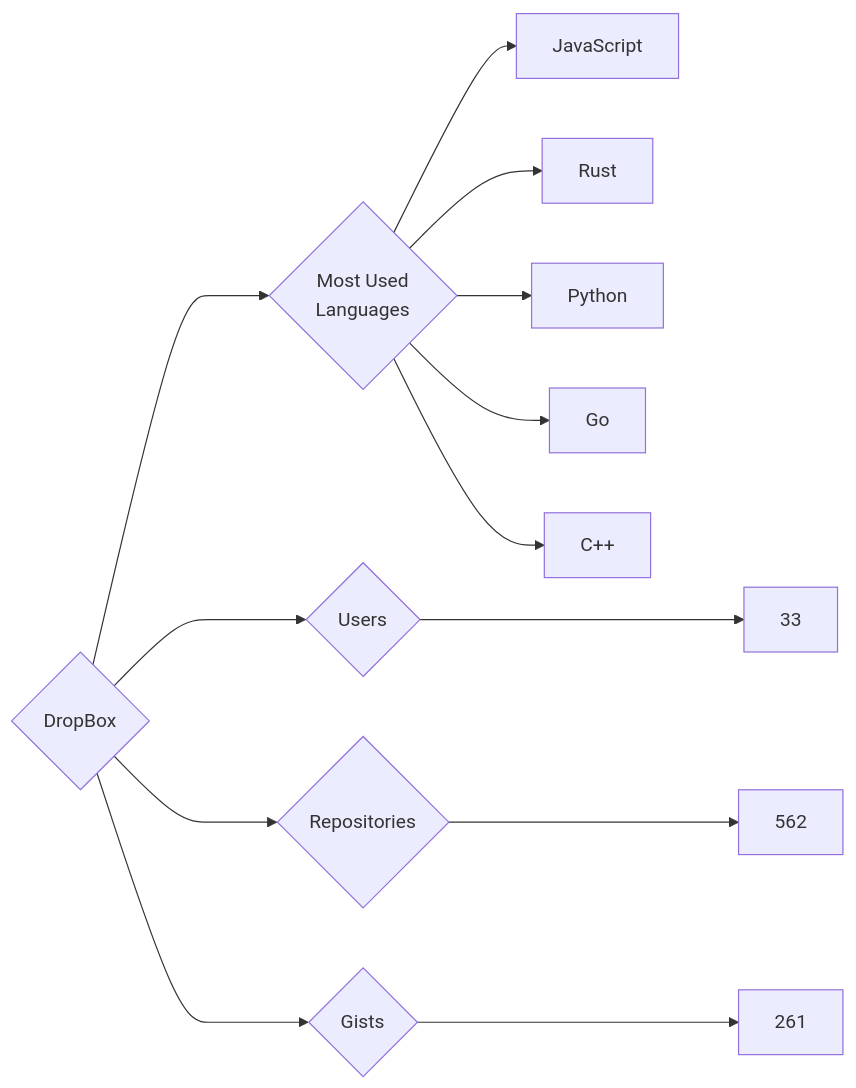
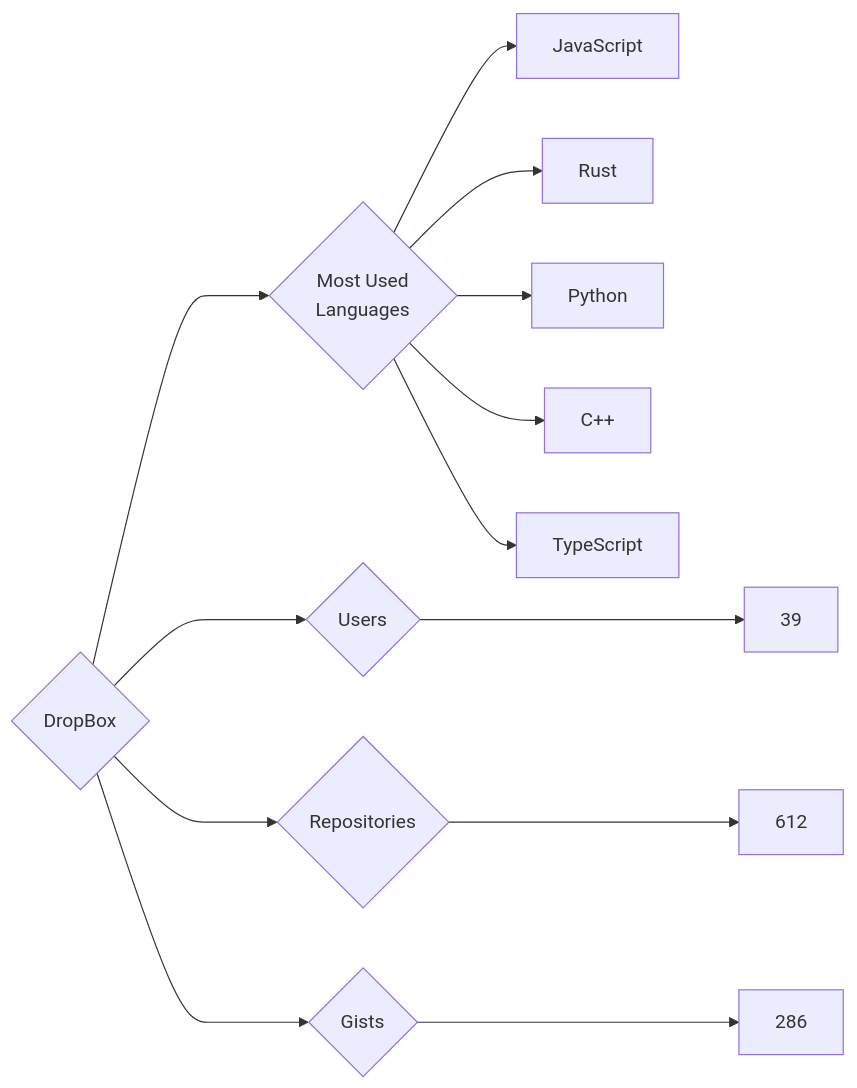
Before and after one commit to trickest/insiders: the diagram in targets/DropBox/README.md, drawn with Mermaid. The commit also changed 870 other files, not shown here.

````diff
--- a/targets/DropBox/README.md
+++ b/targets/DropBox/README.md
@@ -3,13 +3,13 @@
 ```mermaid
 graph LR
 COMPANY_NAME{DropBox}
-COMPANY_NAME ---> U{Users} ---> UN[33]
-COMPANY_NAME ---> R{Repositories} ---> RN[562]
-COMPANY_NAME ---> G{Gists} ---> GN[261]
+COMPANY_NAME ---> U{Users} ---> UN[39]
+COMPANY_NAME ---> R{Repositories} ---> RN[612]
+COMPANY_NAME ---> G{Gists} ---> GN[286]
 COMPANY_NAME ---> ML{Most Used<br>Languages}
 ML --> JavaScript[JavaScript]
 ML --> Rust[Rust]
 ML --> Python[Python]
-ML --> Go[Go]
 ML --> C++[C++]
+ML --> TypeScript[TypeScript]
 ```
````
